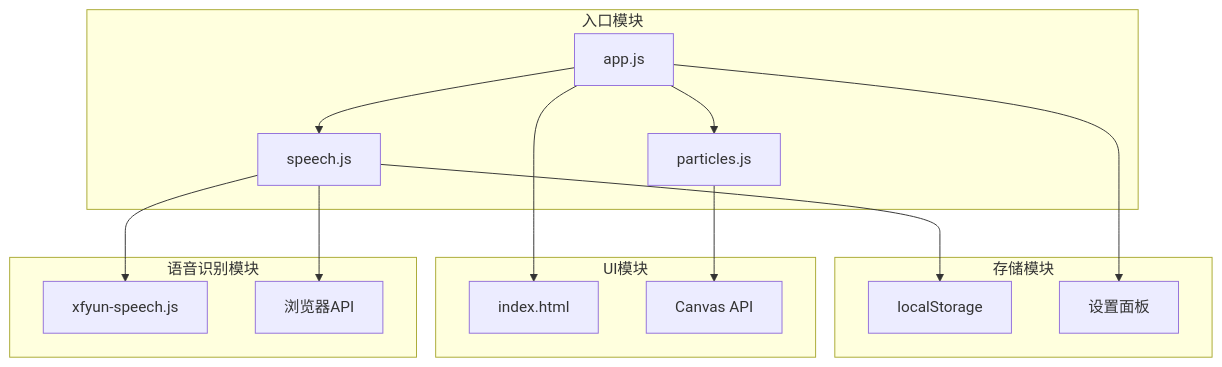
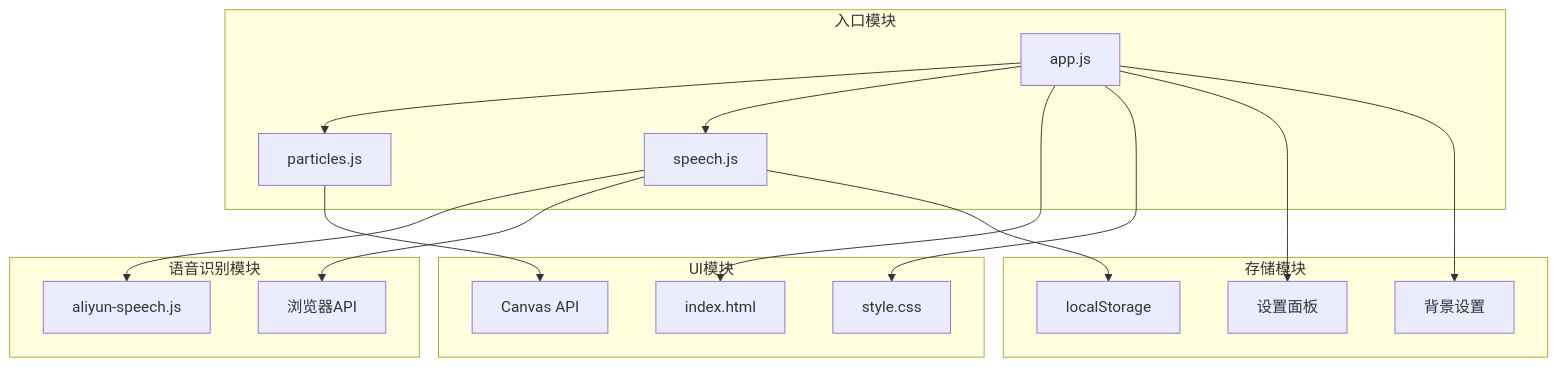
Before and after one commit to db300/MySpeechRecognition: the ninth of 9 diagrams in .qoder/repowiki/zh/content/API参考文档/App 控制器 API.md, drawn with Mermaid. The commit also changed other lines of this file and 24 other files, not shown here.

````diff
--- a/.qoder/repowiki/zh/content/API参考文档/App 控制器 API.md
+++ b/.qoder/repowiki/zh/content/API参考文档/App 控制器 API.md
@@ -427,19 +411,21 @@
 ```mermaid
 graph TB
 subgraph "入口模块"
 App[app.js] --> Particles[particles.js]
 App --> Speech[speech.js]
 end
 subgraph "语音识别模块"
-Speech --> Xfyun[xfyun-speech.js]
+Speech --> Aliyun[aliyun-speech.js]
 Speech --> WebAPI[浏览器API]
 end
 subgraph "UI模块"
 App --> HTML[index.html]
 Particles --> Canvas[Canvas API]
+App --> CSS[style.css]
 end
 subgraph "存储模块"
 Speech --> LocalStorage[localStorage]
 App --> Settings[设置面板]
+App --> BGSettings[背景设置]
 end
 ```
````
